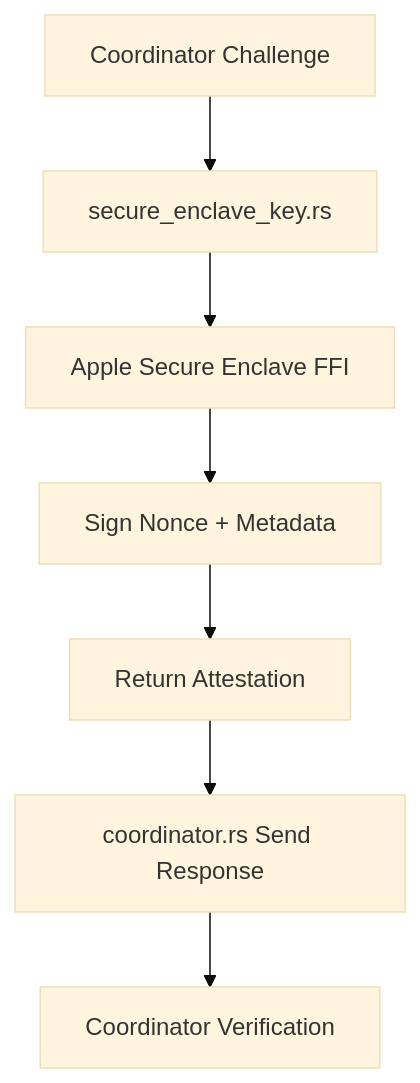
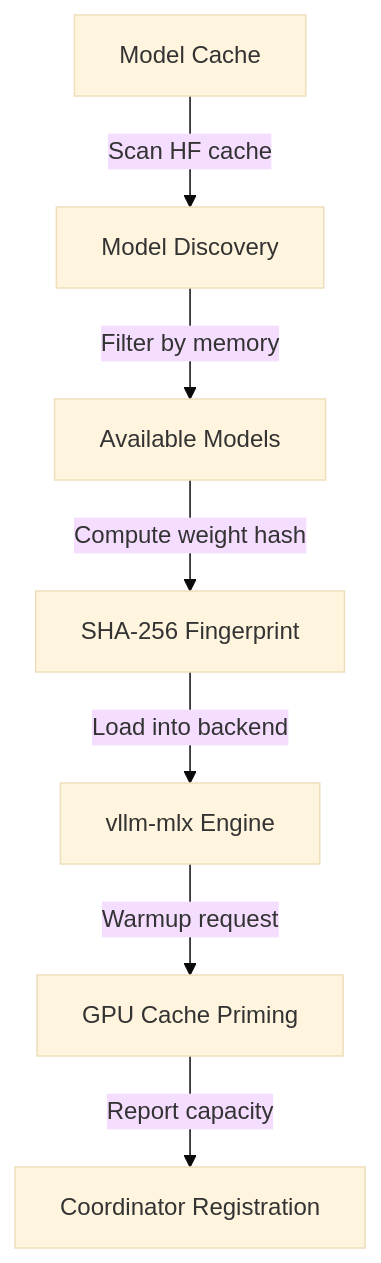
The third of 3 diagrams in artifacts/d-inference/service_analyses/darkbloom.md (researchoors/knowledge-maintenance), drawn with Mermaid (base theme) before and after one commit. The commit also changed other lines of this file and 23 other files, not shown here.

````diff
--- a/artifacts/d-inference/service_analyses/darkbloom.md
+++ b/artifacts/d-inference/service_analyses/darkbloom.md
@@ -122,9 +92,9 @@
 ```mermaid
 graph TD
-    A[Coordinator Challenge] --> B[secure_enclave_key.rs]
-    B --> C[Apple Secure Enclave FFI]
-    C --> D[Sign Nonce + Metadata]  
-    D --> E[Return Attestation]
-    E --> F[coordinator.rs Send Response]
-    F --> G[Coordinator Verification]
+    A[Model Cache] -->|Scan HF cache| B[Model Discovery]
+    B -->|Filter by memory| C[Available Models]
+    C -->|Compute weight hash| D[SHA-256 Fingerprint]
+    D -->|Load into backend| E[vllm-mlx Engine]
+    E -->|Warmup request| F[GPU Cache Priming]
+    F -->|Report capacity| G[Coordinator Registration]
 ```
````
